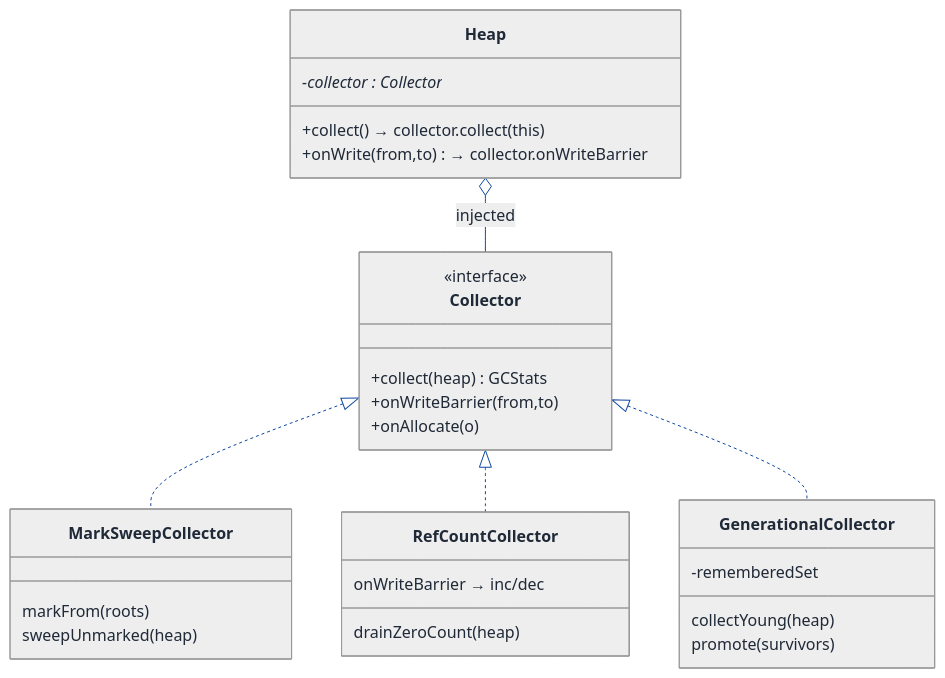
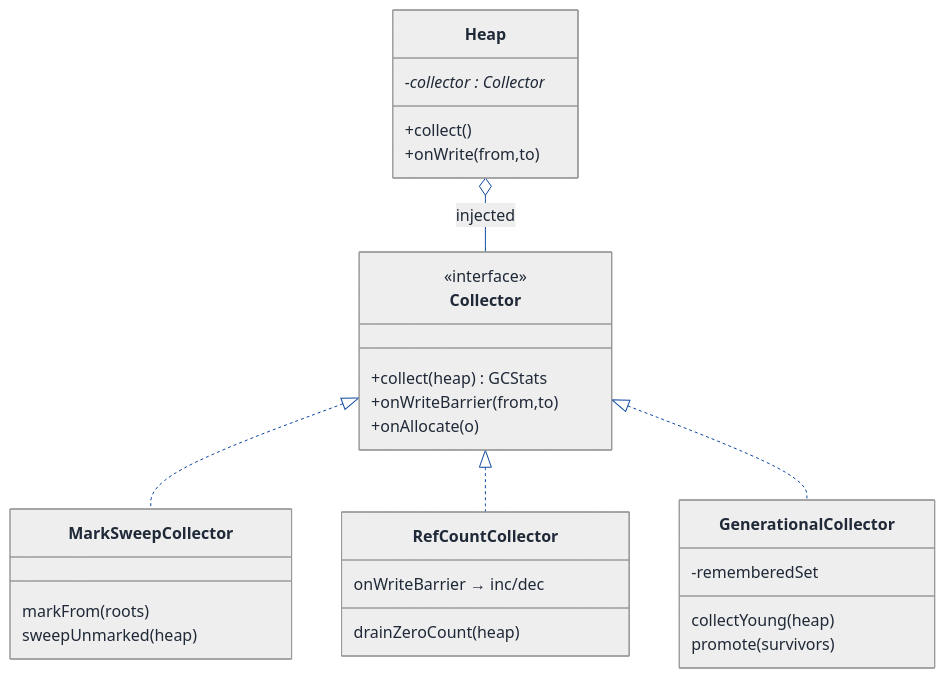
Before and after one commit to Prateek-5/question-bank: the second of 7 diagrams in LLD/Topics/Object_Oriented_Design/Garbage_Collector.md, drawn with Mermaid. The commit also changed other lines of this file and 61 other files, not shown here.

First line of the commit message:
Fix invalid mermaid classDiagram member syntax across LLD walkthroughs

````diff
--- a/LLD/Topics/Object_Oriented_Design/Garbage_Collector.md
+++ b/LLD/Topics/Object_Oriented_Design/Garbage_Collector.md
@@ -427,64 +427,64 @@
 ```mermaid
 ---
 config:
   theme: neutral
   themeVariables:
     background: '#ffffff'
     primaryColor: '#cfe2ff'
     primaryTextColor: '#1f2937'
     primaryBorderColor: '#084298'
     secondaryColor: '#fff3cd'
     secondaryTextColor: '#1f2937'
     secondaryBorderColor: '#664d03'
     tertiaryColor: '#d1e7dd'
     tertiaryTextColor: '#1f2937'
     tertiaryBorderColor: '#0a3622'
     lineColor: '#0d47a1'
     textColor: '#1f2937'
     noteBkgColor: '#fff3cd'
     noteTextColor: '#1f2937'
     noteBorderColor: '#997404'
     actorBkg: '#cfe2ff'
     actorBorder: '#084298'
     actorTextColor: '#1f2937'
     signalColor: '#0d47a1'
     signalTextColor: '#1f2937'
     labelBoxBkgColor: '#ffffff'
     labelBoxBorderColor: '#d3d3d3'
     labelTextColor: '#1f2937'
     edgeLabelBackground: '#ffffff'
     labelBackground: '#ffffff'
     classText: '#1f2937'
     fontFamily: 'system-ui, -apple-system, Segoe UI, Helvetica, Arial, sans-serif'
 ---
 classDiagram
   direction TB
   class Heap {
     -collector : Collector*
-    +collect() → collector.collect(this)
-    +onWrite(from,to) → collector.onWriteBarrier
+    +collect()
+    +onWrite(from,to)
   }
   class Collector {
     <<interface>>
     +collect(heap) GCStats
     +onWriteBarrier(from,to)
     +onAllocate(o)
   }
   class MarkSweepCollector {
     markFrom(roots)
     sweepUnmarked(heap)
   }
   class RefCountCollector {
     onWriteBarrier → inc/dec
     drainZeroCount(heap)
   }
   class GenerationalCollector {
     -rememberedSet
     collectYoung(heap)
     promote(survivors)
   }
   Heap o-- Collector : injected
   Collector <|.. MarkSweepCollector
   Collector <|.. RefCountCollector
   Collector <|.. GenerationalCollector
 ```
````
